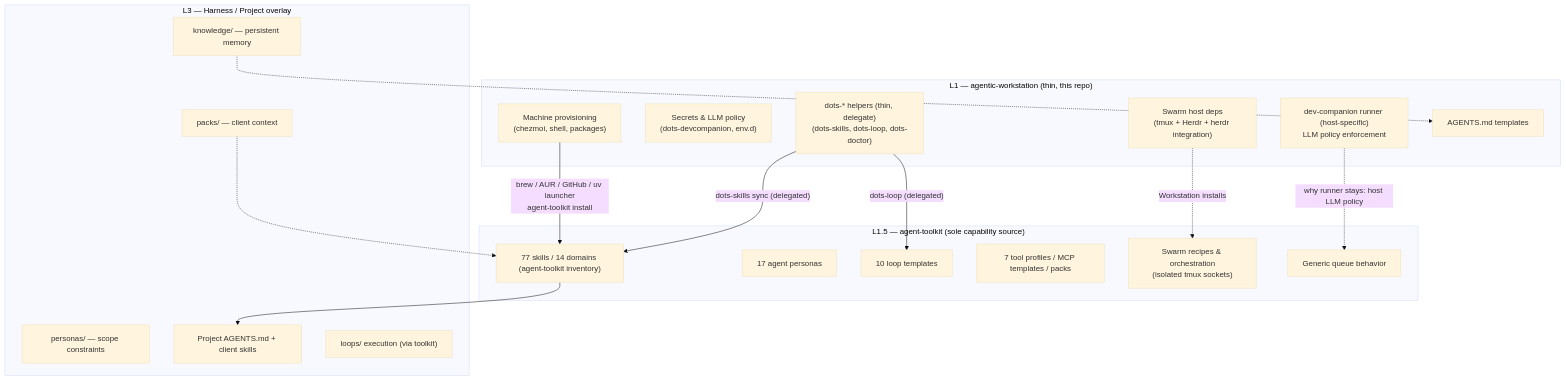
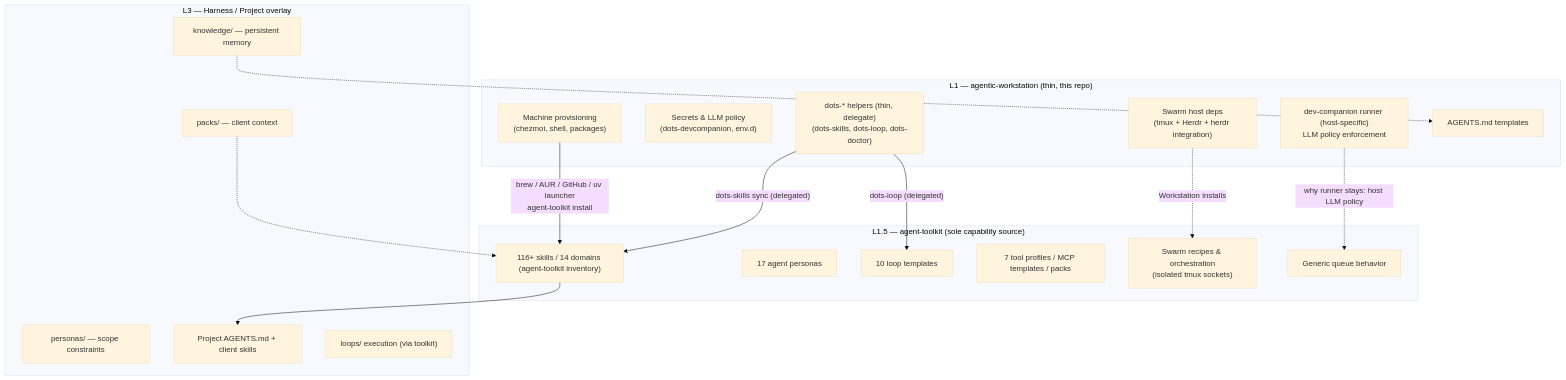
The second of 3 diagrams in docs/AGENTIC_HARNESS.md (ulises-jeremias/agentic-workstation), drawn with Mermaid (base theme) before and after one commit. The commit also changed other lines of this file and 26 other files, not shown here.

````diff
--- a/docs/AGENTIC_HARNESS.md
+++ b/docs/AGENTIC_HARNESS.md
@@ -59,37 +59,37 @@
 ```mermaid
 graph TD
     subgraph "L1 — agentic-workstation (thin, this repo)"
         W1["Machine provisioning<br/>(chezmoi, shell, packages)"]
         W2["Secrets & LLM policy<br/>(dots-devcompanion, env.d)"]
         W3["dots-* helpers (thin, delegate)<br/>(dots-skills, dots-loop, dots-doctor)"]
         W4["dev-companion runner (host-specific)<br/>LLM policy enforcement"]
         W5["Swarm host deps<br/>(tmux + Herdr + herdr integration)"]
         W6["AGENTS.md templates"]
     end
 
     subgraph "L1.5 — agent-toolkit (sole capability source)"
-        K1["77 skills / 14 domains (agent-toolkit inventory)"]
+        K1["116+ skills / 14 domains (agent-toolkit inventory)"]
         K2["17 agent personas"]
         K3["10 loop templates"]
         K4["7 tool profiles / MCP templates / packs"]
         K5["Swarm recipes & orchestration<br/>(isolated tmux sockets)"]
         K6["Generic queue behavior"]
     end
 
     subgraph "L3 — Harness / Project overlay"
         S1["knowledge/ — persistent memory"]
         S2["personas/ — scope constraints"]
         S3["packs/ — client context"]
         S4["Project AGENTS.md + client skills"]
         S5["loops/ execution (via toolkit)"]
     end
 
     W1 -->|"brew / AUR / GitHub / uv launcher<br/>agent-toolkit install"| K1
     W3 -->|"dots-skills sync (delegated)"| K1
     W3 -->|"dots-loop (delegated)"| K3
     W5 -.->|"Workstation installs"| K5
     W4 -.->|"why runner stays: host LLM policy"| K6
     K1 --> S4
     S1 -.-> W6
     S3 -.-> K1
 ```
````
